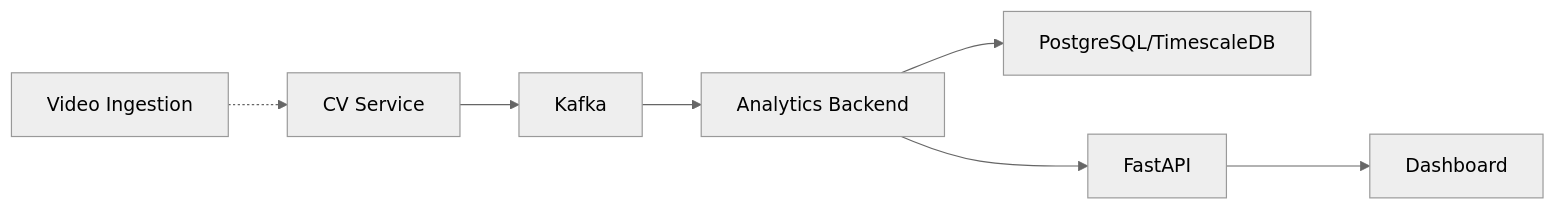
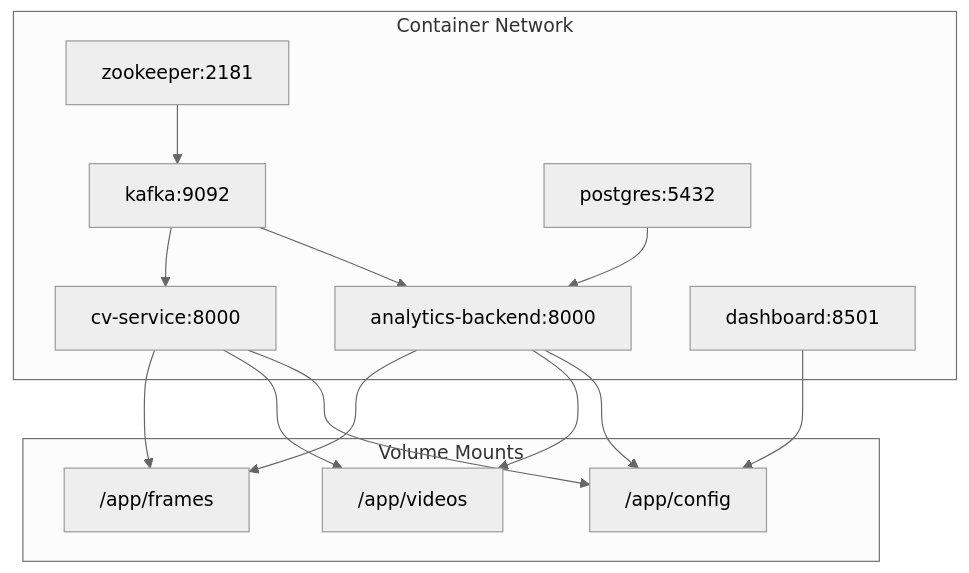
The seventh of 7 diagrams in .qoder/repowiki/en/content/Microservices Architecture/Microservices Architecture.md (Azzoz-189/construction-equipment-monitoring), drawn with Mermaid (neutral theme) before and after one commit. The commit also changed other lines of this file and 6 other files, not shown here.

````diff
--- a/.qoder/repowiki/en/content/Microservices Architecture/Microservices Architecture.md
+++ b/.qoder/repowiki/en/content/Microservices Architecture/Microservices Architecture.md
@@ -344,9 +437,27 @@
 ```mermaid
-graph LR
-CV["CV Service"] --> K["Kafka"]
-K --> AB["Analytics Backend"]
-AB --> PG["PostgreSQL/TimescaleDB"]
-AB --> API["FastAPI"]
-API --> DASH["Dashboard"]
-VID["Video Ingestion"] -.-> CV
+graph TB
+subgraph "Container Network"
+ZK["zookeeper:2181"]
+KB["kafka:9092"]
+PG["postgres:5432"]
+CV["cv-service:8000"]
+AB["analytics-backend:8000"]
+DASH["dashboard:8501"]
+end
+subgraph "Volume Mounts"
+FRAMES["/app/frames"]
+VIDEOS["/app/videos"]
+CONFIG["/app/config"]
+end
+ZK --> KB
+KB --> CV
+KB --> AB
+PG --> AB
+CV --> FRAMES
+AB --> FRAMES
+AB --> VIDEOS
+CV --> VIDEOS
+CV --> CONFIG
+AB --> CONFIG
+DASH --> CONFIG
 ```
````
